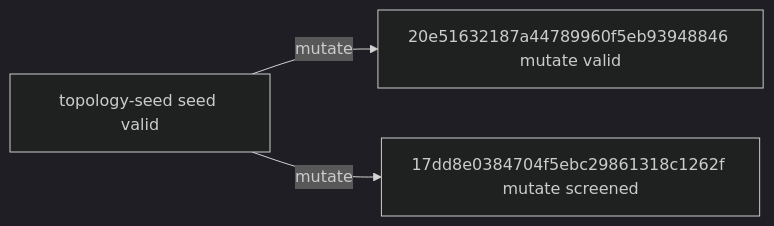
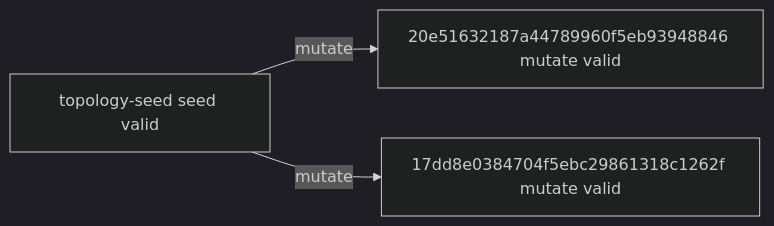
The diagram in experiments/campaigns/topology-smac-v1/README.md (timbtz/feyer-search-lab), drawn with Mermaid (dark theme) before and after one commit. The commit also changed other lines of this file and 7 other files, not shown here.

````diff
--- a/experiments/campaigns/topology-smac-v1/README.md
+++ b/experiments/campaigns/topology-smac-v1/README.md
@@ -21,8 +21,8 @@
 ```mermaid
 graph LR
   n0["topology-seed seed valid"]
   n1["20e51632187a44789960f5eb93948846 mutate valid"]
-  n2["17dd8e0384704f5ebc29861318c1262f mutate screened"]
+  n2["17dd8e0384704f5ebc29861318c1262f mutate valid"]
   n0 -->|mutate| n1
   n0 -->|mutate| n2
 ```
````
